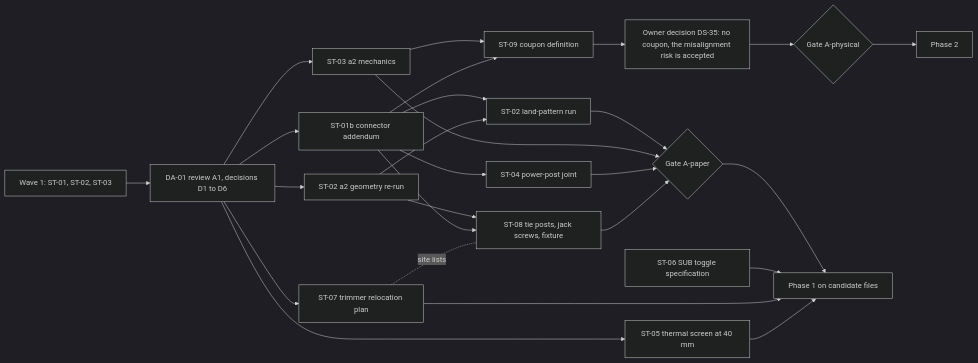
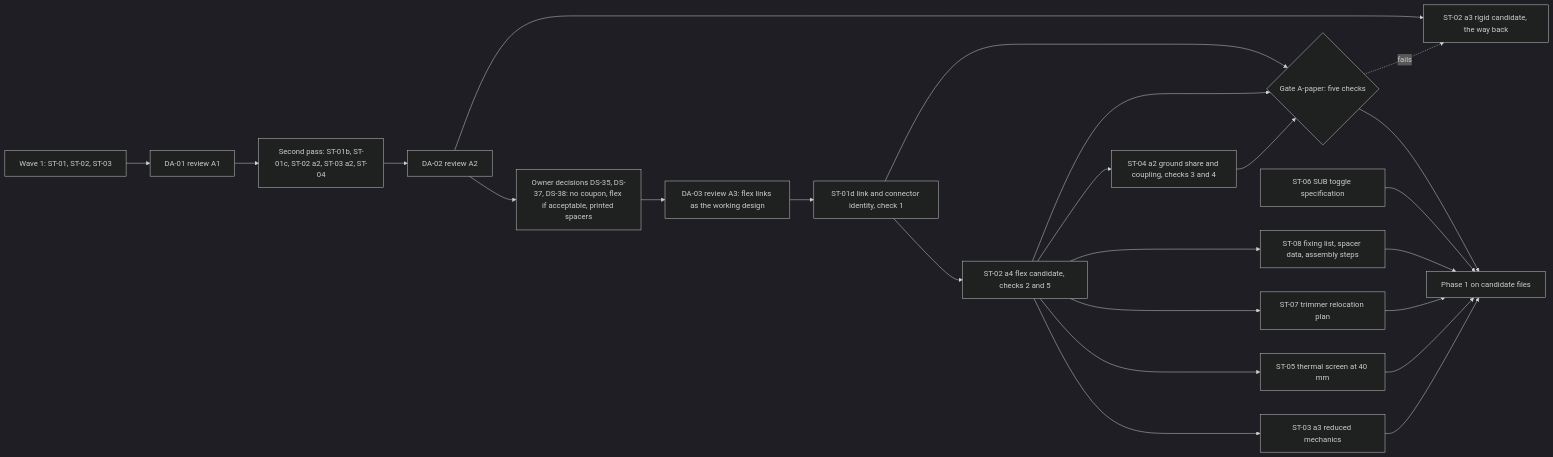
One commit to Takazudo/zudo-osc-hole-field changed the diagram in circuit/orchestration/campaigns/osc-stack-20261114/plan.md. Above: the diagram before and after it, drawn with Mermaid (dark theme). The commit also changed other lines of this file and 2 other files, not shown here.

Commit message:
orchestration: record design review A3 as DS-39 to DS-47 and plan the third wave
Flex links through slots in K become the working design (DS-39, DS-40) with one
paper gate of five checks (DS-41). The rigid stack of reviews A1 and A2 stays the
way back. ST-01d is scoped as the first evidence task of the gate.

Claude-Session: https://claude.ai/code/session_01JXThoP3HSxfTMwSDwrkxP8

````diff
--- a/circuit/orchestration/campaigns/osc-stack-20261114/plan.md
+++ b/circuit/orchestration/campaigns/osc-stack-20261114/plan.md
@@ -60,28 +60,26 @@
 ```mermaid
 flowchart LR
-  W1["Wave 1: ST-01, ST-02, ST-03"] --> DA01["DA-01 review A1, decisions D1 to D6"]
-  DA01 --> ST01b["ST-01b connector addendum"]
-  DA01 --> ST02a2["ST-02 a2 geometry re-run"]
-  DA01 --> ST03a2["ST-03 a2 mechanics"]
-  DA01 --> ST05["ST-05 thermal screen at 40 mm"]
-  DA01 --> ST07["ST-07 trimmer relocation plan"]
-  ST01b --> ST04["ST-04 power-post joint"]
-  ST01b --> ST02p["ST-02 land-pattern run"]
-  ST02a2 --> ST02p
-  ST02a2 --> ST08["ST-08 tie posts, jack screws, fixture"]
-  ST01b --> ST08
-  ST07 -. site lists .- ST08
-  ST03a2 --> ST09["ST-09 coupon definition"]
-  ST01b --> ST09
-  ST02p --> GAP{"Gate A-paper"}
-  ST03a2 --> GAP
-  ST04 --> GAP
-  ST08 --> GAP
-  ST09 --> OWN["Owner decision DS-35: no coupon, the misalignment risk is accepted"]
-  OWN --> GAF{"Gate A-physical"}
+  W1["Wave 1: ST-01, ST-02, ST-03"] --> DA01["DA-01 review A1"]
+  DA01 --> W2["Second pass: ST-01b, ST-01c, ST-02 a2, ST-03 a2, ST-04"]
+  W2 --> DA02["DA-02 review A2"]
+  DA02 --> ST02a3["ST-02 a3 rigid candidate, the way back"]
+  DA02 --> OWN["Owner decisions DS-35, DS-37, DS-38: no coupon, flex if acceptable, printed spacers"]
+  OWN --> DA03["DA-03 review A3: flex links as the working design"]
+  DA03 --> ST01d["ST-01d link and connector identity, check 1"]
+  ST01d --> ST02a4["ST-02 a4 flex candidate, checks 2 and 5"]
+  ST02a4 --> ST04a2["ST-04 a2 ground share and coupling, checks 3 and 4"]
+  ST01d --> GAP{"Gate A-paper: five checks"}
+  ST02a4 --> GAP
+  ST04a2 --> GAP
   GAP --> P1["Phase 1 on candidate files"]
+  GAP -. fails .-> ST02a3
+  ST02a4 --> ST08["ST-08 fixing list, spacer data, assembly steps"]
+  ST02a4 --> ST07["ST-07 trimmer relocation plan"]
+  ST02a4 --> ST05["ST-05 thermal screen at 40 mm"]
+  ST02a4 --> ST03a3["ST-03 a3 reduced mechanics"]
   ST06["ST-06 SUB toggle specification"] --> P1
+  ST08 --> P1
   ST07 --> P1
   ST05 --> P1
-  GAF --> P2["Phase 2"]
+  ST03a3 --> P1
 ```
````
